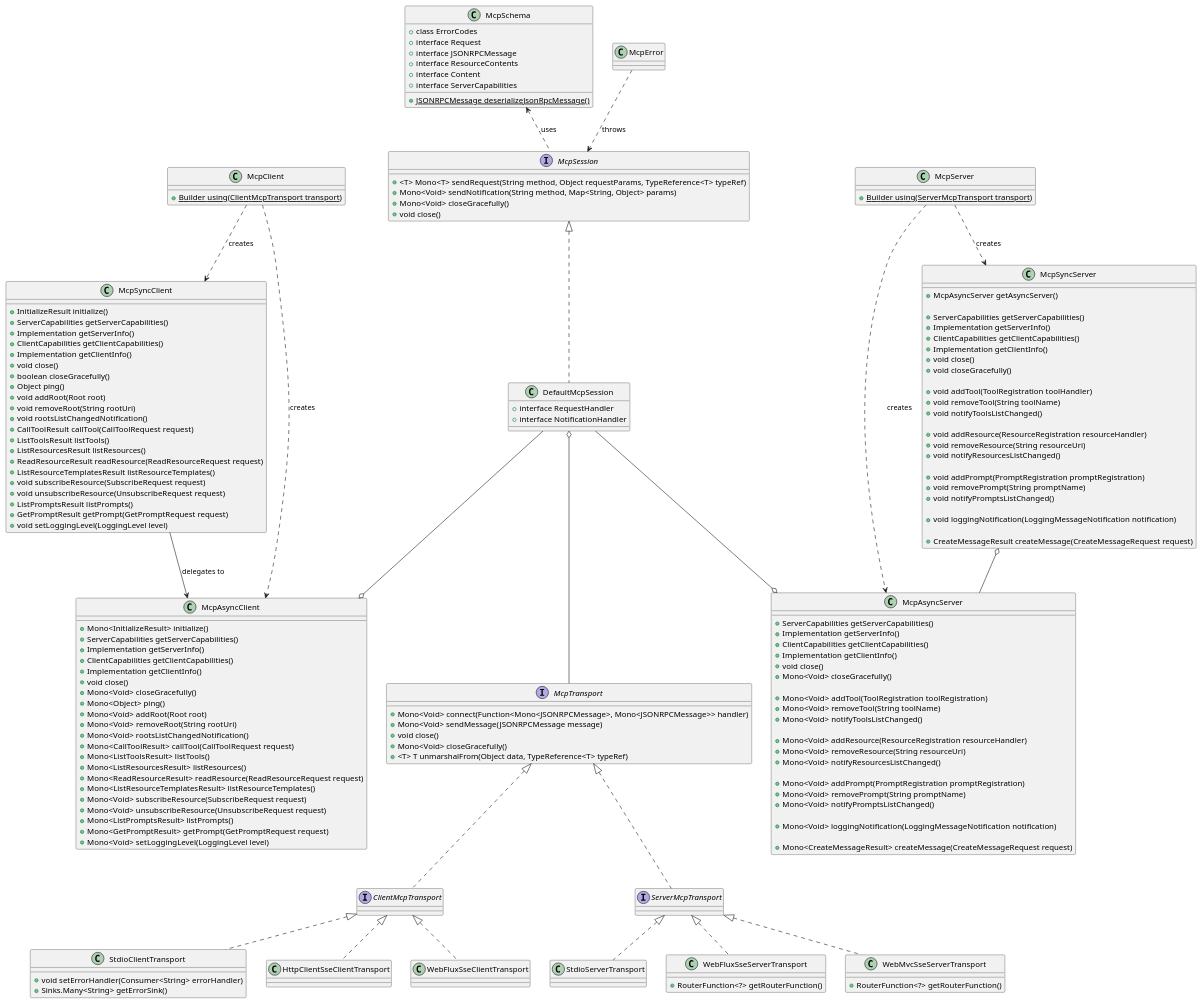
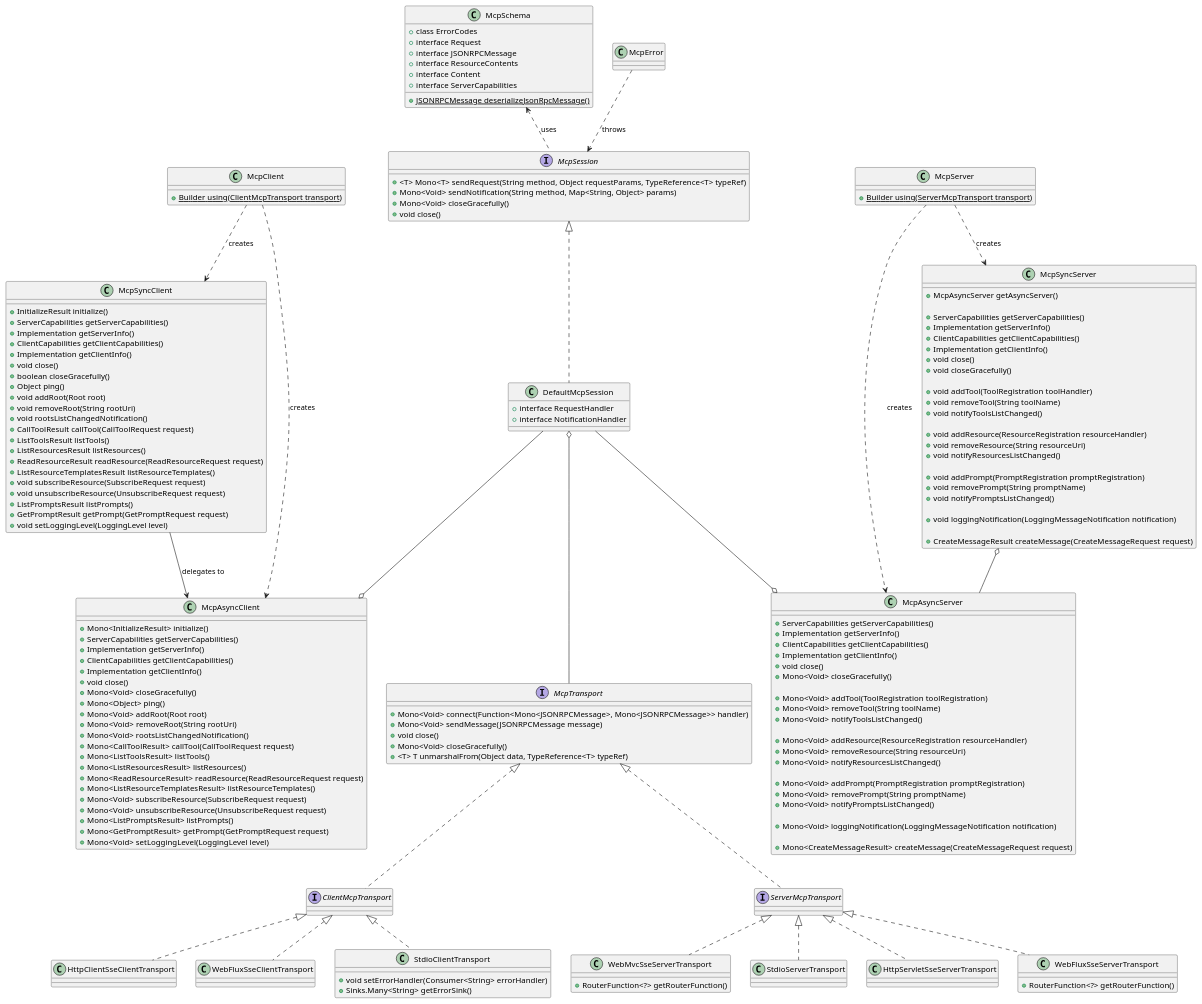
The first of 2 diagrams in mcp-docs/src/main/antora/modules/ROOT/images/class-diagrams.puml (ziscloud/java-sdk), drawn with PlantUML before and after one commit. The commit also changed 10 other files, not shown here.

First line of the commit message:
refactor: Add HttpServletSseServerTransport for generic Servlet integration

```diff
--- a/mcp-docs/src/main/antora/modules/ROOT/images/class-diagrams.puml
+++ b/mcp-docs/src/main/antora/modules/ROOT/images/class-diagrams.puml
@@ -153,6 +153,10 @@
 }
 
 
+class HttpServletSseServerTransport implements ServerMcpTransport {
+}
+
+
 class HttpClientSseClientTransport implements ClientMcpTransport {  
 }
 
```
